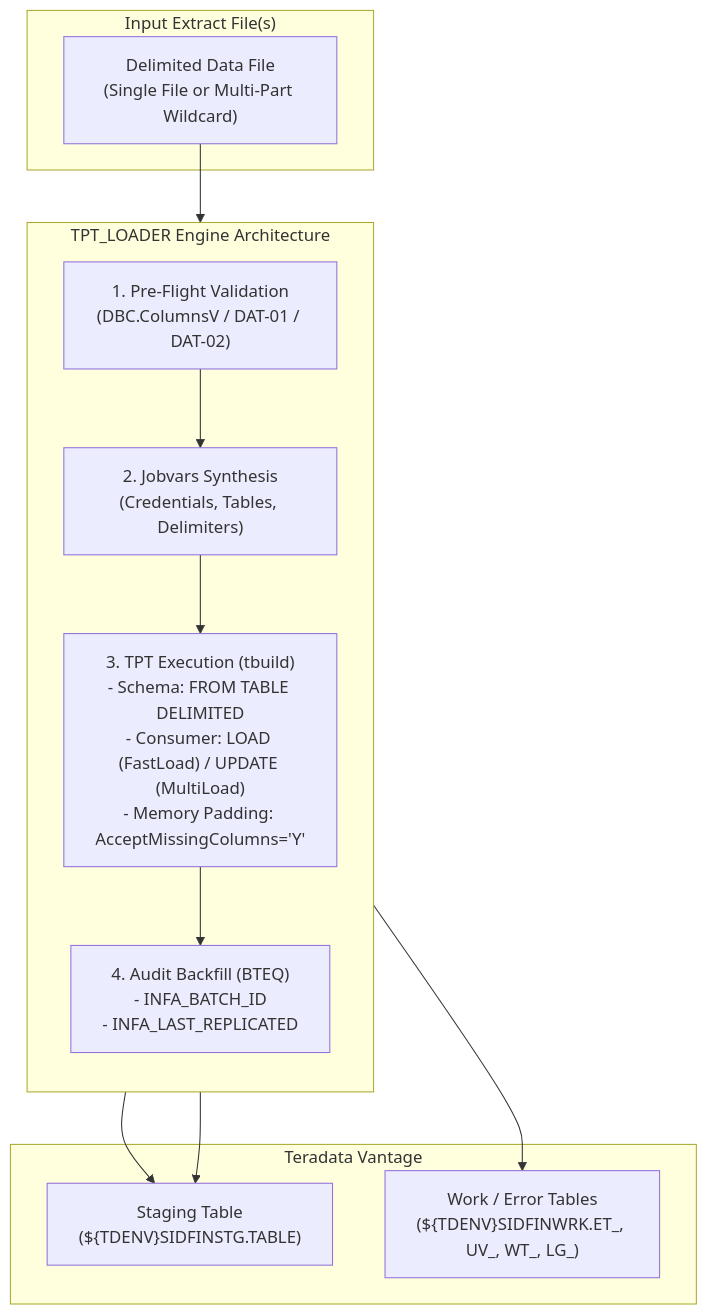
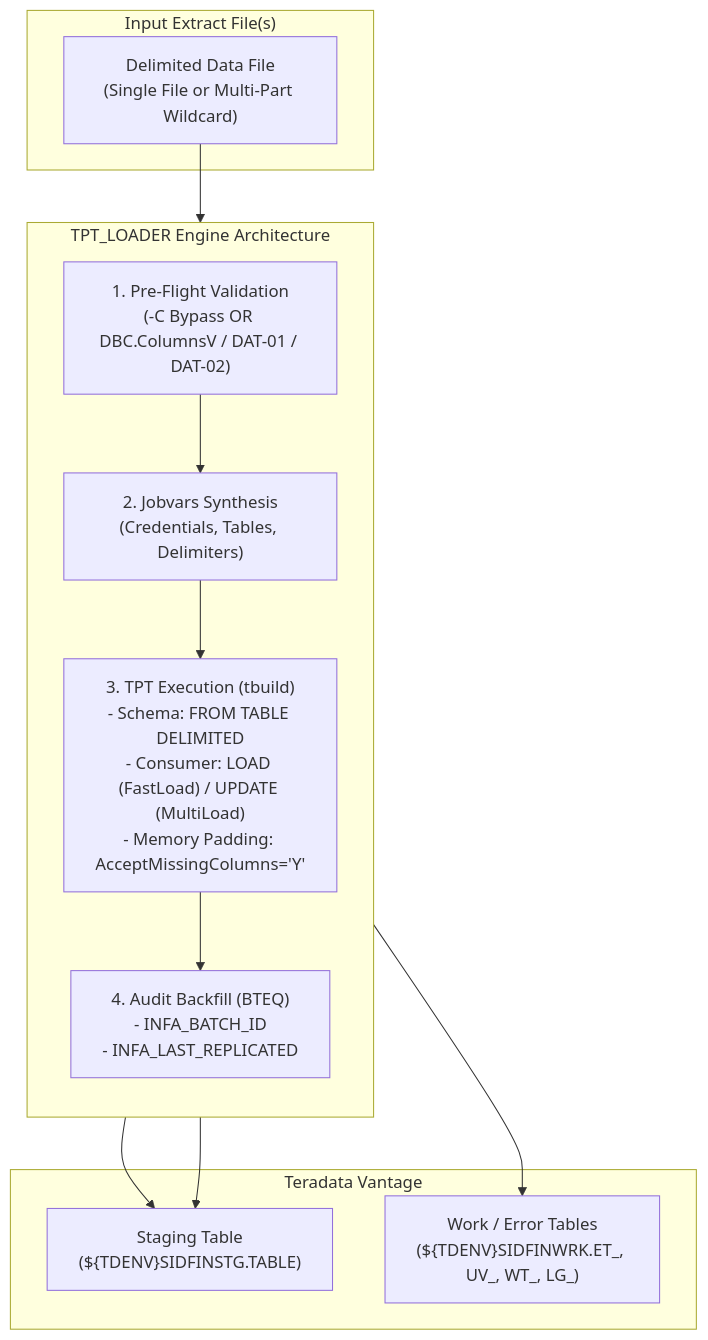
The first of 2 diagrams in docs/02_functional_specification.md (manisadegh/TPT_LOADER), drawn with Mermaid before and after one commit. The commit also changed other lines of this file and 3 other files, not shown here.

Commit message:
docs(tpt): update complete documentation suite for Phase 03 (-C SKIP_BTEQ_CHECK and -M HAS_META fast-path schema bypass)

````diff
--- a/docs/02_functional_specification.md
+++ b/docs/02_functional_specification.md
@@ -7,24 +7,24 @@
 ```mermaid
 flowchart TD
     subgraph INPUT["Input Extract File(s)"]
         CSV["Delimited Data File<br/>(Single File or Multi-Part Wildcard)"]
     end
 
     subgraph ENGINE["TPT_LOADER Engine Architecture"]
         direction TB
-        Pre["1. Pre-Flight Validation<br/>(DBC.ColumnsV / DAT-01 / DAT-02)"]
+        Pre["1. Pre-Flight Validation<br/>(-C Bypass OR DBC.ColumnsV / DAT-01 / DAT-02)"]
         Jobvar["2. Jobvars Synthesis<br/>(Credentials, Tables, Delimiters)"]
         TPT["3. TPT Execution (tbuild)<br/>- Schema: FROM TABLE DELIMITED<br/>- Consumer: LOAD (FastLoad) / UPDATE (MultiLoad)<br/>- Memory Padding: AcceptMissingColumns='Y'"]
         Update["4. Audit Backfill (BTEQ)<br/>- INFA_BATCH_ID<br/>- INFA_LAST_REPLICATED"]
     end
 
     subgraph TARGET["Teradata Vantage"]
         Staging["Staging Table<br/>(${TDENV}SIDFINSTG.TABLE)"]
         Utility["Work / Error Tables<br/>(${TDENV}SIDFINWRK.ET_, UV_, WT_, LG_)"]
     end
 
     CSV --> Pre --> Jobvar --> TPT
     TPT --> Utility
     TPT --> Staging
     TPT --> Update --> Staging
 ```
````
